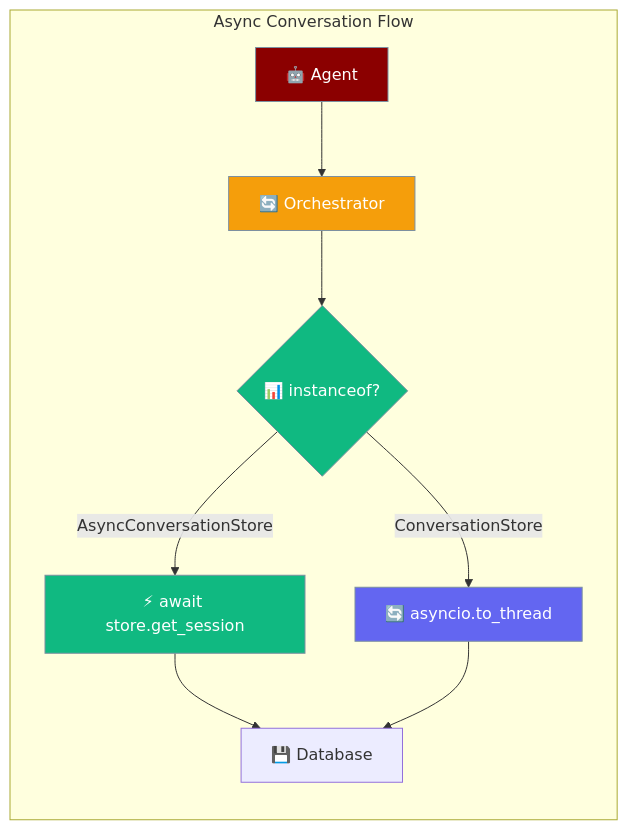
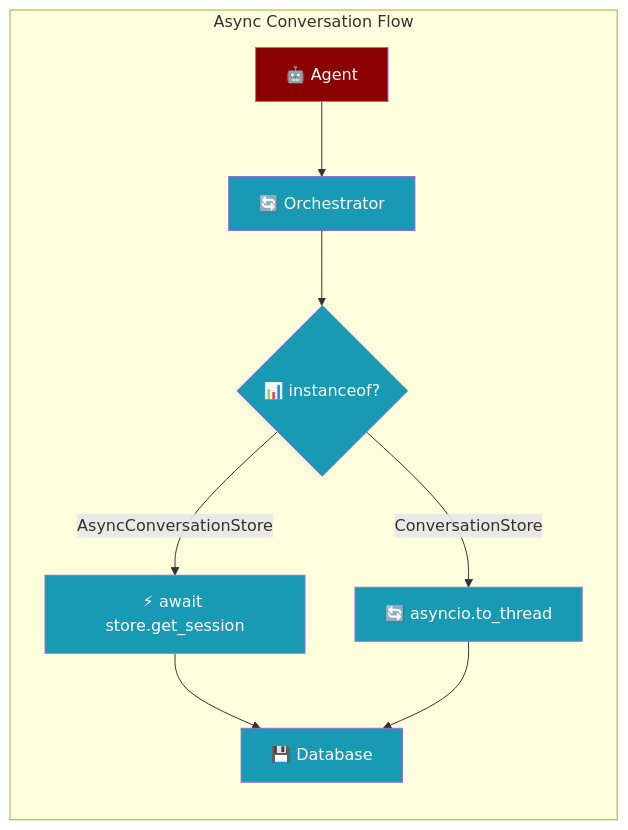
The first of 2 diagrams in docs/features/async-conversation-store.mdx (MervinPraison/PraisonAIDocs), drawn with Mermaid before and after one commit. The commit also changed 24 other files, not shown here.

````diff
--- a/docs/features/async-conversation-store.mdx
+++ b/docs/features/async-conversation-store.mdx
@@ -10,21 +10,17 @@
 ```mermaid
 graph LR
     subgraph "Async Conversation Flow"
         A[🤖 Agent] --> B[🔄 Orchestrator]
         B --> C{📊 instanceof?}
         C -->|AsyncConversationStore| D[⚡ await store.get_session]
         C -->|ConversationStore| E[🔄 asyncio.to_thread]
         D --> F[💾 Database]
         E --> F
     end
     
-    classDef agent fill:#8B0000,stroke:#7C90A0,color:#fff
-    classDef orchestrator fill:#F59E0B,stroke:#7C90A0,color:#fff
-    classDef async fill:#10B981,stroke:#7C90A0,color:#fff
-    classDef sync fill:#6366F1,stroke:#7C90A0,color:#fff
+    classDef agent fill:#8B0000,color:#fff
+    classDef tool fill:#189AB4,color:#fff
     
     class A agent
-    class B orchestrator
-    class C,D async
-    class E sync
+    class B,C,D,E,F tool
 ```
````
